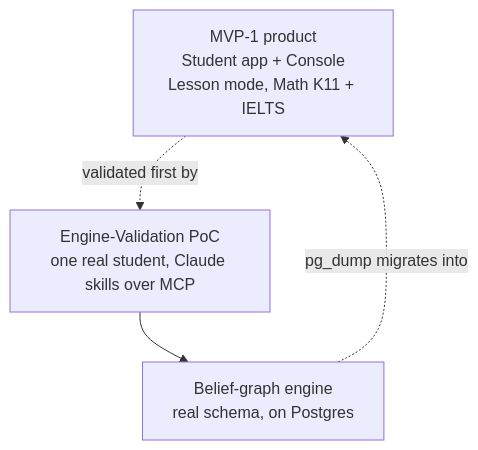
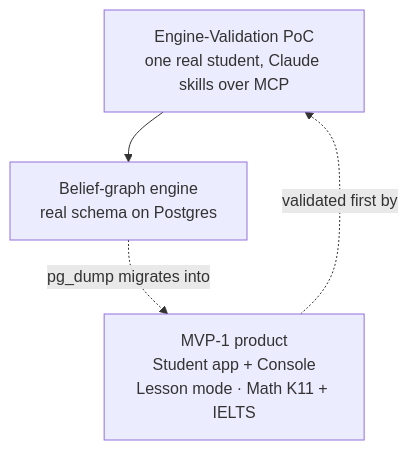
The diagram in src/content/docs/product/mvp-poc/index.md (stemolly/wiki), drawn with Mermaid before and after one commit. The commit also changed other lines of this file and 57 other files, not shown here.

````diff
--- a/src/content/docs/product/mvp-poc/index.md
+++ b/src/content/docs/product/mvp-poc/index.md
@@ -10,6 +10,10 @@
 ```mermaid
 flowchart TD
-    A["MVP-1 product<br/>Student app + Console<br/>Lesson mode, Math K11 + IELTS"] -.->|"validated first by"| B["Engine-Validation PoC<br/>one real student, Claude skills over MCP"]
-    B --> C["Belief-graph engine<br/>real schema, on Postgres"]
-    C -.->|"pg_dump migrates into"| A
+    PoC["Engine-Validation PoC<br/>one real student, Claude skills over MCP"]
+    ENG["Belief-graph engine<br/>real schema on Postgres"]
+    MVP["MVP-1 product<br/>Student app + Console<br/>Lesson mode · Math K11 + IELTS"]
+
+    PoC --> ENG
+    ENG -.->|"pg_dump migrates into"| MVP
+    MVP -.->|"validated first by"| PoC
 ```
````
